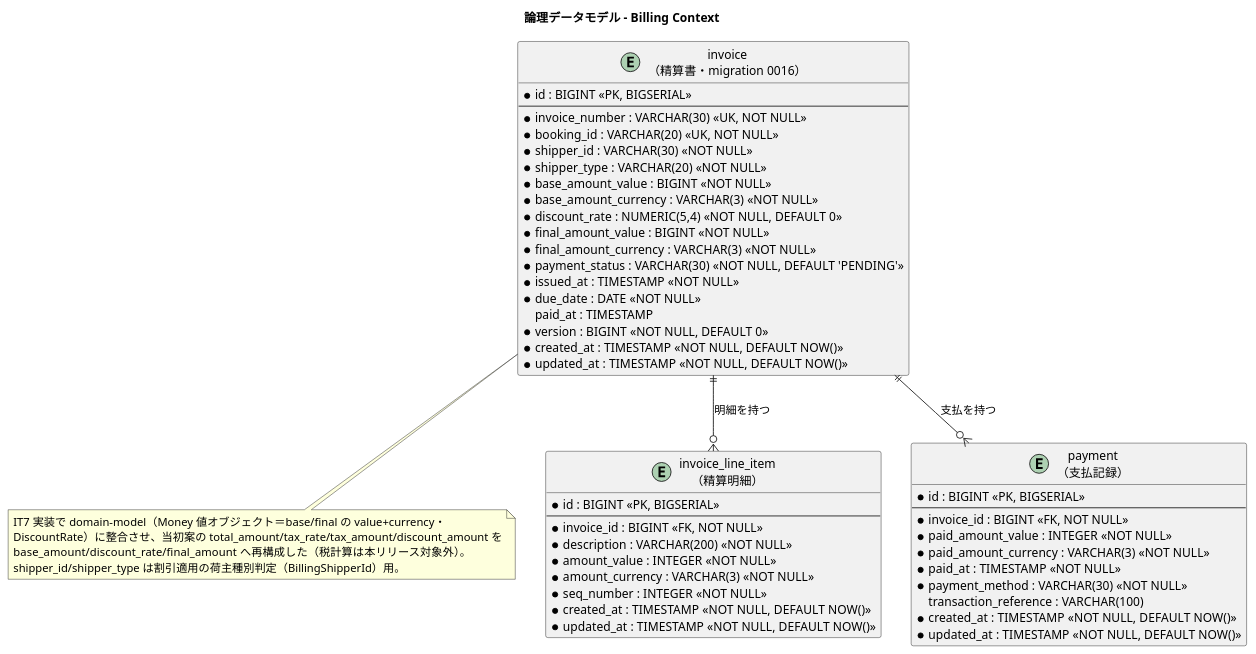
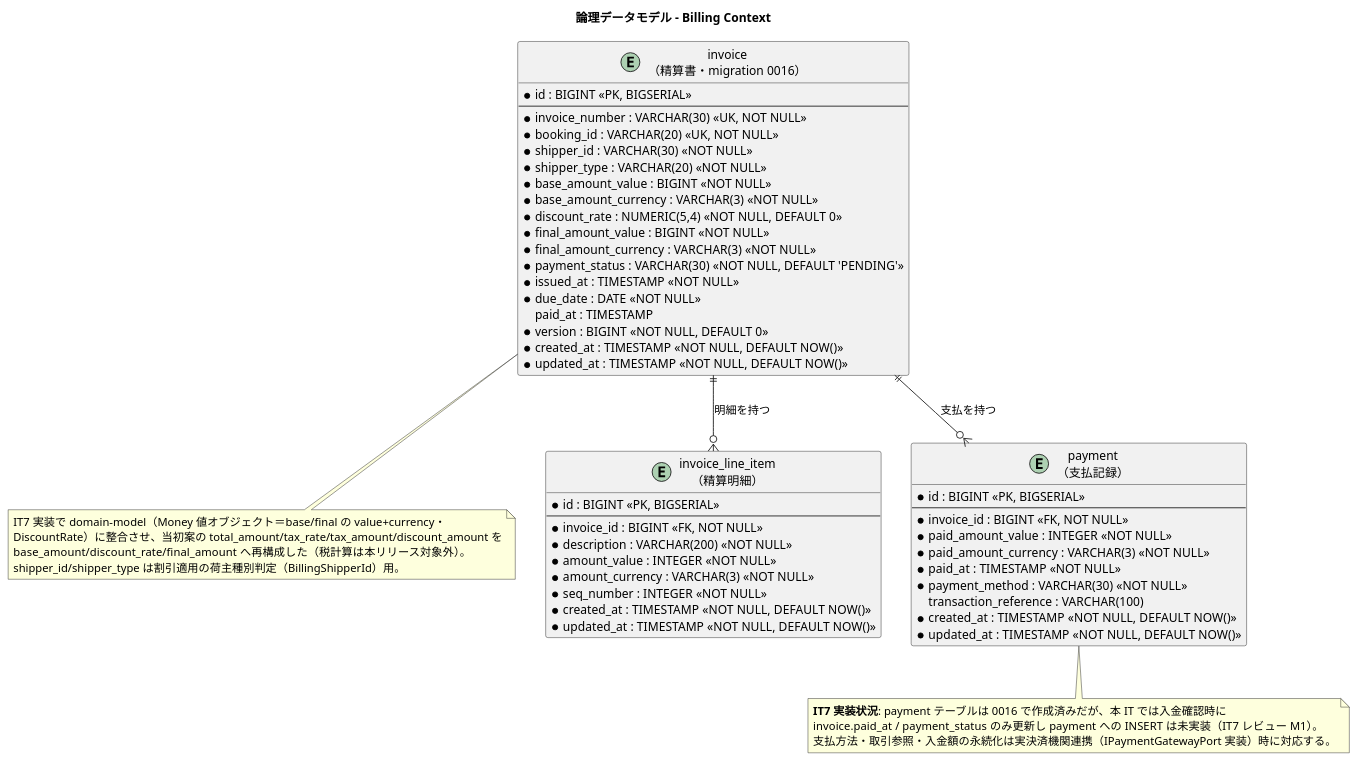
One commit to k2works/case-study-cargo-tracker changed the seventh of 9 diagrams in docs/design/data-model.md. Above: the diagram before and after it, drawn with PlantUML. The commit also changed 4 other files, not shown here.

First line of the commit message:
docs(design): 用語統一（精算書＝#17）と payment 未使用注記（IT7 レビュー M3/M1）

````diff
--- a/docs/design/data-model.md
+++ b/docs/design/data-model.md
@@ -540,62 +540,68 @@
 ```plantuml
 @startuml
 title 論理データモデル - Billing Context
 
 entity "invoice\n（精算書・migration 0016）" as invoice {
   * id : BIGINT <<PK, BIGSERIAL>>
   --
   * invoice_number : VARCHAR(30) <<UK, NOT NULL>>
   * booking_id : VARCHAR(20) <<UK, NOT NULL>>
   * shipper_id : VARCHAR(30) <<NOT NULL>>
   * shipper_type : VARCHAR(20) <<NOT NULL>>
   * base_amount_value : BIGINT <<NOT NULL>>
   * base_amount_currency : VARCHAR(3) <<NOT NULL>>
   * discount_rate : NUMERIC(5,4) <<NOT NULL, DEFAULT 0>>
   * final_amount_value : BIGINT <<NOT NULL>>
   * final_amount_currency : VARCHAR(3) <<NOT NULL>>
   * payment_status : VARCHAR(30) <<NOT NULL, DEFAULT 'PENDING'>>
   * issued_at : TIMESTAMP <<NOT NULL>>
   * due_date : DATE <<NOT NULL>>
   paid_at : TIMESTAMP
   * version : BIGINT <<NOT NULL, DEFAULT 0>>
   * created_at : TIMESTAMP <<NOT NULL, DEFAULT NOW()>>
   * updated_at : TIMESTAMP <<NOT NULL, DEFAULT NOW()>>
 }
 
 note bottom of invoice
   IT7 実装で domain-model（Money 値オブジェクト＝base/final の value+currency・
   DiscountRate）に整合させ、当初案の total_amount/tax_rate/tax_amount/discount_amount を
   base_amount/discount_rate/final_amount へ再構成した（税計算は本リリース対象外）。
   shipper_id/shipper_type は割引適用の荷主種別判定（BillingShipperId）用。
 end note
 
 entity "invoice_line_item\n（精算明細）" as invoice_line_item {
   * id : BIGINT <<PK, BIGSERIAL>>
   --
   * invoice_id : BIGINT <<FK, NOT NULL>>
   * description : VARCHAR(200) <<NOT NULL>>
   * amount_value : INTEGER <<NOT NULL>>
   * amount_currency : VARCHAR(3) <<NOT NULL>>
   * seq_number : INTEGER <<NOT NULL>>
   * created_at : TIMESTAMP <<NOT NULL, DEFAULT NOW()>>
   * updated_at : TIMESTAMP <<NOT NULL, DEFAULT NOW()>>
 }
 
 entity "payment\n（支払記録）" as payment {
   * id : BIGINT <<PK, BIGSERIAL>>
   --
   * invoice_id : BIGINT <<FK, NOT NULL>>
   * paid_amount_value : INTEGER <<NOT NULL>>
   * paid_amount_currency : VARCHAR(3) <<NOT NULL>>
   * paid_at : TIMESTAMP <<NOT NULL>>
   * payment_method : VARCHAR(30) <<NOT NULL>>
   transaction_reference : VARCHAR(100)
   * created_at : TIMESTAMP <<NOT NULL, DEFAULT NOW()>>
   * updated_at : TIMESTAMP <<NOT NULL, DEFAULT NOW()>>
 }
 
+note bottom of payment
+  **IT7 実装状況**: payment テーブルは 0016 で作成済みだが、本 IT では入金確認時に
+  invoice.paid_at / payment_status のみ更新し payment への INSERT は未実装（IT7 レビュー M1）。
+  支払方法・取引参照・入金額の永続化は実決済機関連携（IPaymentGatewayPort 実装）時に対応する。
+end note
+
 invoice ||--o{ invoice_line_item : "明細を持つ"
 invoice ||--o{ payment : "支払を持つ"
 
 @enduml
 ```
````
